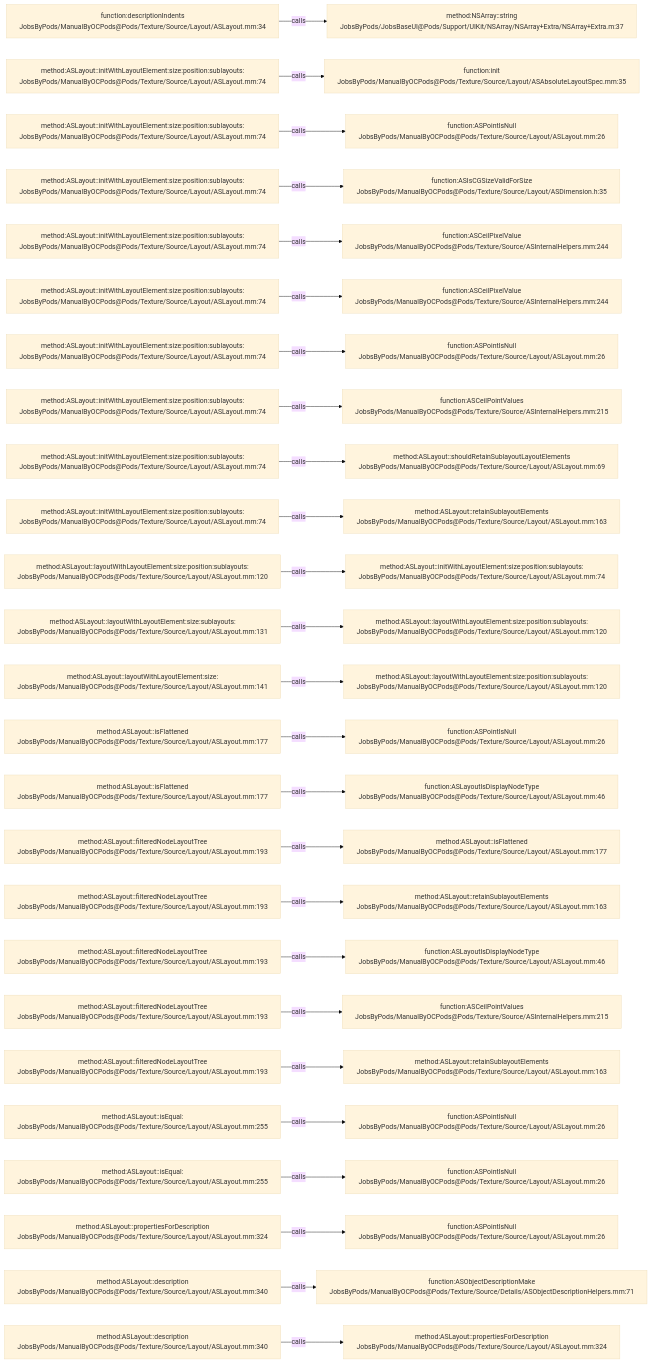
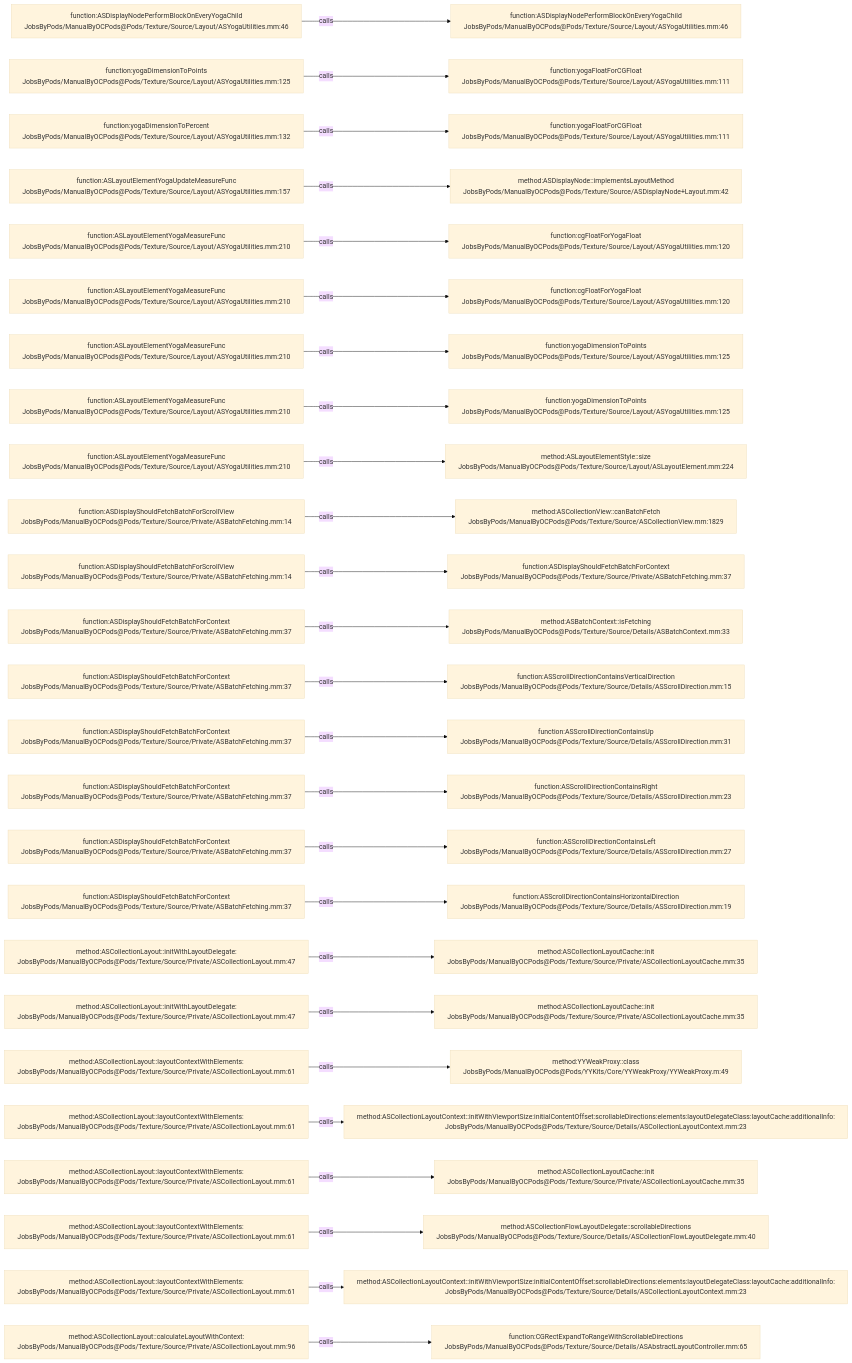
Before and after one commit to JobsKits/JobsOCBaseConfigDemo: the diagram in .codegraph/codegraph.md/graphs/calls-186.md, drawn with Mermaid (base theme). The commit also changed 1223 other files, not shown here.

````diff
--- a/.codegraph/codegraph.md/graphs/calls-186.md
+++ b/.codegraph/codegraph.md/graphs/calls-186.md
@@ -13,78 +13,78 @@
 ```mermaid
 flowchart LR
-  S1["function:descriptionIndents<br/>JobsByPods/ManualByOCPods@Pods/Texture/Source/Layout/ASLayout.mm:34"]
-  T1["method:NSArray::string<br/>JobsByPods/JobsBaseUI@Pods/Support/UIKit/NSArray/NSArray+Extra/NSArray+Extra.m:37"]
+  S1["function:ASDisplayNodePerformBlockOnEveryYogaChild<br/>JobsByPods/ManualByOCPods@Pods/Texture/Source/Layout/ASYogaUtilities.mm:46"]
+  T1["function:ASDisplayNodePerformBlockOnEveryYogaChild<br/>JobsByPods/ManualByOCPods@Pods/Texture/Source/Layout/ASYogaUtilities.mm:46"]
   S1 -->|calls| T1
-  S2["method:ASLayout::initWithLayoutElement:size:position:sublayouts:<br/>JobsByPods/ManualByOCPods@Pods/Texture/Source/Layout/ASLayout.mm:74"]
-  T2["function:init<br/>JobsByPods/ManualByOCPods@Pods/Texture/Source/Layout/ASAbsoluteLayoutSpec.mm:35"]
+  S2["function:yogaDimensionToPoints<br/>JobsByPods/ManualByOCPods@Pods/Texture/Source/Layout/ASYogaUtilities.mm:125"]
+  T2["function:yogaFloatForCGFloat<br/>JobsByPods/ManualByOCPods@Pods/Texture/Source/Layout/ASYogaUtilities.mm:111"]
   S2 -->|calls| T2
-  S3["method:ASLayout::initWithLayoutElement:size:position:sublayouts:<br/>JobsByPods/ManualByOCPods@Pods/Texture/Source/Layout/ASLayout.mm:74"]
-  T3["function:ASPointIsNull<br/>JobsByPods/ManualByOCPods@Pods/Texture/Source/Layout/ASLayout.mm:26"]
+  S3["function:yogaDimensionToPercent<br/>JobsByPods/ManualByOCPods@Pods/Texture/Source/Layout/ASYogaUtilities.mm:132"]
+  T3["function:yogaFloatForCGFloat<br/>JobsByPods/ManualByOCPods@Pods/Texture/Source/Layout/ASYogaUtilities.mm:111"]
   S3 -->|calls| T3
-  S4["method:ASLayout::initWithLayoutElement:size:position:sublayouts:<br/>JobsByPods/ManualByOCPods@Pods/Texture/Source/Layout/ASLayout.mm:74"]
-  T4["function:ASIsCGSizeValidForSize<br/>JobsByPods/ManualByOCPods@Pods/Texture/Source/Layout/ASDimension.h:35"]
+  S4["function:ASLayoutElementYogaUpdateMeasureFunc<br/>JobsByPods/ManualByOCPods@Pods/Texture/Source/Layout/ASYogaUtilities.mm:157"]
+  T4["method:ASDisplayNode::implementsLayoutMethod<br/>JobsByPods/ManualByOCPods@Pods/Texture/Source/ASDisplayNode+Layout.mm:42"]
   S4 -->|calls| T4
-  S5["method:ASLayout::initWithLayoutElement:size:position:sublayouts:<br/>JobsByPods/ManualByOCPods@Pods/Texture/Source/Layout/ASLayout.mm:74"]
-  T5["function:ASCeilPixelValue<br/>JobsByPods/ManualByOCPods@Pods/Texture/Source/ASInternalHelpers.mm:244"]
+  S5["function:ASLayoutElementYogaMeasureFunc<br/>JobsByPods/ManualByOCPods@Pods/Texture/Source/Layout/ASYogaUtilities.mm:210"]
+  T5["function:cgFloatForYogaFloat<br/>JobsByPods/ManualByOCPods@Pods/Texture/Source/Layout/ASYogaUtilities.mm:120"]
   S5 -->|calls| T5
-  S6["method:ASLayout::initWithLayoutElement:size:position:sublayouts:<br/>JobsByPods/ManualByOCPods@Pods/Texture/Source/Layout/ASLayout.mm:74"]
-  T6["function:ASCeilPixelValue<br/>JobsByPods/ManualByOCPods@Pods/Texture/Source/ASInternalHelpers.mm:244"]
+  S6["function:ASLayoutElementYogaMeasureFunc<br/>JobsByPods/ManualByOCPods@Pods/Texture/Source/Layout/ASYogaUtilities.mm:210"]
+  T6["function:cgFloatForYogaFloat<br/>JobsByPods/ManualByOCPods@Pods/Texture/Source/Layout/ASYogaUtilities.mm:120"]
   S6 -->|calls| T6
-  S7["method:ASLayout::initWithLayoutElement:size:position:sublayouts:<br/>JobsByPods/ManualByOCPods@Pods/Texture/Source/Layout/ASLayout.mm:74"]
-  T7["function:ASPointIsNull<br/>JobsByPods/ManualByOCPods@Pods/Texture/Source/Layout/ASLayout.mm:26"]
+  S7["function:ASLayoutElementYogaMeasureFunc<br/>JobsByPods/ManualByOCPods@Pods/Texture/Source/Layout/ASYogaUtilities.mm:210"]
+  T7["function:yogaDimensionToPoints<br/>JobsByPods/ManualByOCPods@Pods/Texture/Source/Layout/ASYogaUtilities.mm:125"]
   S7 -->|calls| T7
-  S8["method:ASLayout::initWithLayoutElement:size:position:sublayouts:<br/>JobsByPods/ManualByOCPods@Pods/Texture/Source/Layout/ASLayout.mm:74"]
-  T8["function:ASCeilPointValues<br/>JobsByPods/ManualByOCPods@Pods/Texture/Source/ASInternalHelpers.mm:215"]
+  S8["function:ASLayoutElementYogaMeasureFunc<br/>JobsByPods/ManualByOCPods@Pods/Texture/Source/Layout/ASYogaUtilities.mm:210"]
+  T8["function:yogaDimensionToPoints<br/>JobsByPods/ManualByOCPods@Pods/Texture/Source/Layout/ASYogaUtilities.mm:125"]
   S8 -->|calls| T8
-  S9["method:ASLayout::initWithLayoutElement:size:position:sublayouts:<br/>JobsByPods/ManualByOCPods@Pods/Texture/Source/Layout/ASLayout.mm:74"]
-  T9["method:ASLayout::shouldRetainSublayoutLayoutElements<br/>JobsByPods/ManualByOCPods@Pods/Texture/Source/Layout/ASLayout.mm:69"]
+  S9["function:ASLayoutElementYogaMeasureFunc<br/>JobsByPods/ManualByOCPods@Pods/Texture/Source/Layout/ASYogaUtilities.mm:210"]
+  T9["method:ASLayoutElementStyle::size<br/>JobsByPods/ManualByOCPods@Pods/Texture/Source/Layout/ASLayoutElement.mm:224"]
   S9 -->|calls| T9
-  S10["method:ASLayout::initWithLayoutElement:size:position:sublayouts:<br/>JobsByPods/ManualByOCPods@Pods/Texture/Source/Layout/ASLayout.mm:74"]
-  T10["method:ASLayout::retainSublayoutElements<br/>JobsByPods/ManualByOCPods@Pods/Texture/Source/Layout/ASLayout.mm:163"]
+  S10["function:ASDisplayShouldFetchBatchForScrollView<br/>JobsByPods/ManualByOCPods@Pods/Texture/Source/Private/ASBatchFetching.mm:14"]
+  T10["method:ASCollectionView::canBatchFetch<br/>JobsByPods/ManualByOCPods@Pods/Texture/Source/ASCollectionView.mm:1829"]
   S10 -->|calls| T10
-  S11["method:ASLayout::layoutWithLayoutElement:size:position:sublayouts:<br/>JobsByPods/ManualByOCPods@Pods/Texture/Source/Layout/ASLayout.mm:120"]
-  T11["method:ASLayout::initWithLayoutElement:size:position:sublayouts:<br/>JobsByPods/ManualByOCPods@Pods/Texture/Source/Layout/ASLayout.mm:74"]
+  S11["function:ASDisplayShouldFetchBatchForScrollView<br/>JobsByPods/ManualByOCPods@Pods/Texture/Source/Private/ASBatchFetching.mm:14"]
+  T11["function:ASDisplayShouldFetchBatchForContext<br/>JobsByPods/ManualByOCPods@Pods/Texture/Source/Private/ASBatchFetching.mm:37"]
   S11 -->|calls| T11
-  S12["method:ASLayout::layoutWithLayoutElement:size:sublayouts:<br/>JobsByPods/ManualByOCPods@Pods/Texture/Source/Layout/ASLayout.mm:131"]
-  T12["method:ASLayout::layoutWithLayoutElement:size:position:sublayouts:<br/>JobsByPods/ManualByOCPods@Pods/Texture/Source/Layout/ASLayout.mm:120"]
+  S12["function:ASDisplayShouldFetchBatchForContext<br/>JobsByPods/ManualByOCPods@Pods/Texture/Source/Private/ASBatchFetching.mm:37"]
+  T12["method:ASBatchContext::isFetching<br/>JobsByPods/ManualByOCPods@Pods/Texture/Source/Details/ASBatchContext.mm:33"]
   S12 -->|calls| T12
-  S13["method:ASLayout::layoutWithLayoutElement:size:<br/>JobsByPods/ManualByOCPods@Pods/Texture/Source/Layout/ASLayout.mm:141"]
-  T13["method:ASLayout::layoutWithLayoutElement:size:position:sublayouts:<br/>JobsByPods/ManualByOCPods@Pods/Texture/Source/Layout/ASLayout.mm:120"]
+  S13["function:ASDisplayShouldFetchBatchForContext<br/>JobsByPods/ManualByOCPods@Pods/Texture/Source/Private/ASBatchFetching.mm:37"]
+  T13["function:ASScrollDirectionContainsVerticalDirection<br/>JobsByPods/ManualByOCPods@Pods/Texture/Source/Details/ASScrollDirection.mm:15"]
   S13 -->|calls| T13
-  S14["method:ASLayout::isFlattened<br/>JobsByPods/ManualByOCPods@Pods/Texture/Source/Layout/ASLayout.mm:177"]
-  T14["function:ASPointIsNull<br/>JobsByPods/ManualByOCPods@Pods/Texture/Source/Layout/ASLayout.mm:26"]
+  S14["function:ASDisplayShouldFetchBatchForContext<br/>JobsByPods/ManualByOCPods@Pods/Texture/Source/Private/ASBatchFetching.mm:37"]
+  T14["function:ASScrollDirectionContainsUp<br/>JobsByPods/ManualByOCPods@Pods/Texture/Source/Details/ASScrollDirection.mm:31"]
   S14 -->|calls| T14
-  S15["method:ASLayout::isFlattened<br/>JobsByPods/ManualByOCPods@Pods/Texture/Source/Layout/ASLayout.mm:177"]
-  T15["function:ASLayoutIsDisplayNodeType<br/>JobsByPods/ManualByOCPods@Pods/Texture/Source/Layout/ASLayout.mm:46"]
+  S15["function:ASDisplayShouldFetchBatchForContext<br/>JobsByPods/ManualByOCPods@Pods/Texture/Source/Private/ASBatchFetching.mm:37"]
+  T15["function:ASScrollDirectionContainsRight<br/>JobsByPods/ManualByOCPods@Pods/Texture/Source/Details/ASScrollDirection.mm:23"]
   S15 -->|calls| T15
-  S16["method:ASLayout::filteredNodeLayoutTree<br/>JobsByPods/ManualByOCPods@Pods/Texture/Source/Layout/ASLayout.mm:193"]
-  T16["method:ASLayout::isFlattened<br/>JobsByPods/ManualByOCPods@Pods/Texture/Source/Layout/ASLayout.mm:177"]
+  S16["function:ASDisplayShouldFetchBatchForContext<br/>JobsByPods/ManualByOCPods@Pods/Texture/Source/Private/ASBatchFetching.mm:37"]
+  T16["function:ASScrollDirectionContainsLeft<br/>JobsByPods/ManualByOCPods@Pods/Texture/Source/Details/ASScrollDirection.mm:27"]
   S16 -->|calls| T16
-  S17["method:ASLayout::filteredNodeLayoutTree<br/>JobsByPods/ManualByOCPods@Pods/Texture/Source/Layout/ASLayout.mm:193"]
-  T17["method:ASLayout::retainSublayoutElements<br/>JobsByPods/ManualByOCPods@Pods/Texture/Source/Layout/ASLayout.mm:163"]
+  S17["function:ASDisplayShouldFetchBatchForContext<br/>JobsByPods/ManualByOCPods@Pods/Texture/Source/Private/ASBatchFetching.mm:37"]
+  T17["function:ASScrollDirectionContainsHorizontalDirection<br/>JobsByPods/ManualByOCPods@Pods/Texture/Source/Details/ASScrollDirection.mm:19"]
   S17 -->|calls| T17
-  S18["method:ASLayout::filteredNodeLayoutTree<br/>JobsByPods/ManualByOCPods@Pods/Texture/Source/Layout/ASLayout.mm:193"]
-  T18["function:ASLayoutIsDisplayNodeType<br/>JobsByPods/ManualByOCPods@Pods/Texture/Source/Layout/ASLayout.mm:46"]
+  S18["method:ASCollectionLayout::initWithLayoutDelegate:<br/>JobsByPods/ManualByOCPods@Pods/Texture/Source/Private/ASCollectionLayout.mm:47"]
+  T18["method:ASCollectionLayoutCache::init<br/>JobsByPods/ManualByOCPods@Pods/Texture/Source/Private/ASCollectionLayoutCache.mm:35"]
   S18 -->|calls| T18
-  S19["method:ASLayout::filteredNodeLayoutTree<br/>JobsByPods/ManualByOCPods@Pods/Texture/Source/Layout/ASLayout.mm:193"]
-  T19["function:ASCeilPointValues<br/>JobsByPods/ManualByOCPods@Pods/Texture/Source/ASInternalHelpers.mm:215"]
+  S19["method:ASCollectionLayout::initWithLayoutDelegate:<br/>JobsByPods/ManualByOCPods@Pods/Texture/Source/Private/ASCollectionLayout.mm:47"]
+  T19["method:ASCollectionLayoutCache::init<br/>JobsByPods/ManualByOCPods@Pods/Texture/Source/Private/ASCollectionLayoutCache.mm:35"]
   S19 -->|calls| T19
-  S20["method:ASLayout::filteredNodeLayoutTree<br/>JobsByPods/ManualByOCPods@Pods/Texture/Source/Layout/ASLayout.mm:193"]
-  T20["method:ASLayout::retainSublayoutElements<br/>JobsByPods/ManualByOCPods@Pods/Texture/Source/Layout/ASLayout.mm:163"]
+  S20["method:ASCollectionLayout::layoutContextWithElements:<br/>JobsByPods/ManualByOCPods@Pods/Texture/Source/Private/ASCollectionLayout.mm:61"]
+  T20["method:YYWeakProxy::class<br/>JobsByPods/ManualByOCPods@Pods/YYKits/Core/YYWeakProxy/YYWeakProxy.m:49"]
   S20 -->|calls| T20
-  S21["method:ASLayout::isEqual:<br/>JobsByPods/ManualByOCPods@Pods/Texture/Source/Layout/ASLayout.mm:255"]
-  T21["function:ASPointIsNull<br/>JobsByPods/ManualByOCPods@Pods/Texture/Source/Layout/ASLayout.mm:26"]
+  S21["method:ASCollectionLayout::layoutContextWithElements:<br/>JobsByPods/ManualByOCPods@Pods/Texture/Source/Private/ASCollectionLayout.mm:61"]
+  T21["method:ASCollectionLayoutContext::initWithViewportSize:initialContentOffset:scrollableDirections:elements:layoutDelegateClass:layoutCache:additionalInfo:<br/>JobsByPods/ManualByOCPods@Pods/Texture/Source/Details/ASCollectionLayoutContext.mm:23"]
   S21 -->|calls| T21
-  S22["method:ASLayout::isEqual:<br/>JobsByPods/ManualByOCPods@Pods/Texture/Source/Layout/ASLayout.mm:255"]
-  T22["function:ASPointIsNull<br/>JobsByPods/ManualByOCPods@Pods/Texture/Source/Layout/ASLayout.mm:26"]
+  S22["method:ASCollectionLayout::layoutContextWithElements:<br/>JobsByPods/ManualByOCPods@Pods/Texture/Source/Private/ASCollectionLayout.mm:61"]
+  T22["method:ASCollectionLayoutCache::init<br/>JobsByPods/ManualByOCPods@Pods/Texture/Source/Private/ASCollectionLayoutCache.mm:35"]
   S22 -->|calls| T22
-  S23["method:ASLayout::propertiesForDescription<br/>JobsByPods/ManualByOCPods@Pods/Texture/Source/Layout/ASLayout.mm:324"]
-  T23["function:ASPointIsNull<br/>JobsByPods/ManualByOCPods@Pods/Texture/Source/Layout/ASLayout.mm:26"]
+  S23["method:ASCollectionLayout::layoutContextWithElements:<br/>JobsByPods/ManualByOCPods@Pods/Texture/Source/Private/ASCollectionLayout.mm:61"]
+  T23["method:ASCollectionFlowLayoutDelegate::scrollableDirections<br/>JobsByPods/ManualByOCPods@Pods/Texture/Source/Details/ASCollectionFlowLayoutDelegate.mm:40"]
   S23 -->|calls| T23
-  S24["method:ASLayout::description<br/>JobsByPods/ManualByOCPods@Pods/Texture/Source/Layout/ASLayout.mm:340"]
-  T24["function:ASObjectDescriptionMake<br/>JobsByPods/ManualByOCPods@Pods/Texture/Source/Details/ASObjectDescriptionHelpers.mm:71"]
+  S24["method:ASCollectionLayout::layoutContextWithElements:<br/>JobsByPods/ManualByOCPods@Pods/Texture/Source/Private/ASCollectionLayout.mm:61"]
+  T24["method:ASCollectionLayoutContext::initWithViewportSize:initialContentOffset:scrollableDirections:elements:layoutDelegateClass:layoutCache:additionalInfo:<br/>JobsByPods/ManualByOCPods@Pods/Texture/Source/Details/ASCollectionLayoutContext.mm:23"]
   S24 -->|calls| T24
-  S25["method:ASLayout::description<br/>JobsByPods/ManualByOCPods@Pods/Texture/Source/Layout/ASLayout.mm:340"]
-  T25["method:ASLayout::propertiesForDescription<br/>JobsByPods/ManualByOCPods@Pods/Texture/Source/Layout/ASLayout.mm:324"]
+  S25["method:ASCollectionLayout::calculateLayoutWithContext:<br/>JobsByPods/ManualByOCPods@Pods/Texture/Source/Private/ASCollectionLayout.mm:96"]
+  T25["function:CGRectExpandToRangeWithScrollableDirections<br/>JobsByPods/ManualByOCPods@Pods/Texture/Source/Details/ASAbstractLayoutController.mm:65"]
   S25 -->|calls| T25
 ```
````
